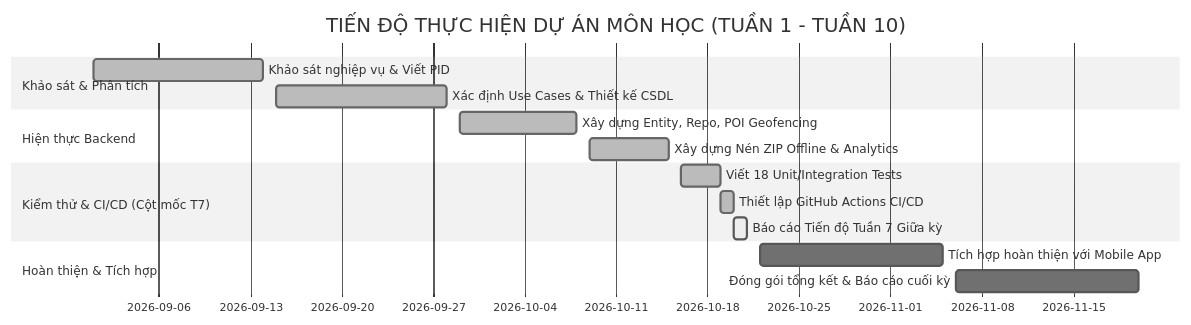
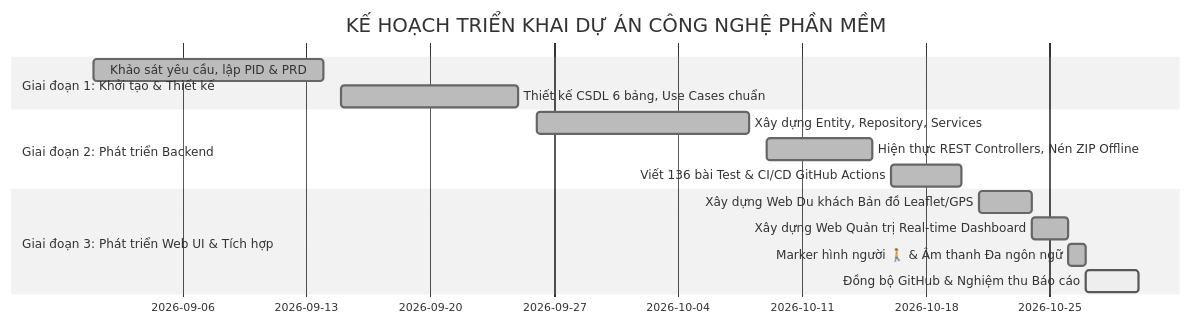
One commit to HuynhQuang16032006/Multi_Languages_Automatic_Translation changed the fourth of 4 diagrams in docs/PID.md. Above: the diagram before and after it, drawn with Mermaid (neutral theme). The commit also changed other lines of this file and 4 other files, not shown here.

Commit message:
docs: cap nhat toan dien PRD, PID, USE_CASES voi 6 bang CSDL va logic he thong thuc te

````diff
--- a/docs/PID.md
+++ b/docs/PID.md
@@ -148,18 +208,17 @@
 ```mermaid
 gantt
-    title TIẾN ĐỘ THỰC HIỆN DỰ ÁN MÔN HỌC (TUẦN 1 - TUẦN 10)
+    title KẾ HOẠCH TRIỂN KHAI DỰ ÁN CÔNG NGHỆ PHẦN MỀM
     dateFormat  YYYY-MM-DD
-    section Khảo sát & Phân tích
-    Khảo sát nghiệp vụ & Viết PID           :done,    des1, 2026-09-01, 2026-09-14
-    Xác định Use Cases & Thiết kế CSDL      :done,    des2, 2026-09-15, 2026-09-28
-    section Hiện thực Backend
-    Xây dựng Entity, Repo, POI Geofencing   :done,    dev1, 2026-09-29, 2026-10-08
-    Xây dựng Nén ZIP Offline & Analytics    :done,    dev2, 2026-10-09, 2026-10-15
-    section Kiểm thử & CI/CD (Cột mốc T7)
-    Viết 18 Unit/Integration Tests         :done,    tst1, 2026-10-16, 2026-10-19
-    Thiết lập GitHub Actions CI/CD          :done,    ci1,  2026-10-19, 2026-10-20
-    Báo cáo Tiến độ Tuần 7 Giữa kỳ         :active,  mil1, 2026-10-20, 2026-10-21
-    section Hoàn thiện & Tích hợp
-    Tích hợp hoàn thiện với Mobile App      :         fut1, 2026-10-22, 2026-11-05
-    Đóng gói tổng kết & Báo cáo cuối kỳ     :         fut2, 2026-11-06, 2026-11-20
+    section Giai đoạn 1: Khởi tạo & Thiết kế
+    Khảo sát yêu cầu, lập PID & PRD           :done,    p1, 2026-09-01, 2026-09-14
+    Thiết kế CSDL 6 bảng, Use Cases chuẩn      :done,    p2, 2026-09-15, 2026-09-25
+    section Giai đoạn 2: Phát triển Backend
+    Xây dựng Entity, Repository, Services      :done,    p3, 2026-09-26, 2026-10-08
+    Hiện thực REST Controllers, Nén ZIP Offline:done,    p4, 2026-10-09, 2026-10-15
+    Viết 136 bài Test & CI/CD GitHub Actions   :done,    p5, 2026-10-16, 2026-10-20
+    section Giai đoạn 3: Phát triển Web UI & Tích hợp
+    Xây dựng Web Du khách Bản đồ Leaflet/GPS   :done,    p6, 2026-10-21, 2026-10-24
+    Xây dựng Web Quản trị Real-time Dashboard  :done,    p7, 2026-10-24, 2026-10-26
+    Marker hình người 🚶 & Âm thanh Đa ngôn ngữ:done,    p8, 2026-10-26, 2026-10-27
+    Đồng bộ GitHub & Nghiệm thu Báo cáo        :active,  p9, 2026-10-27, 2026-10-30
 ```
````
